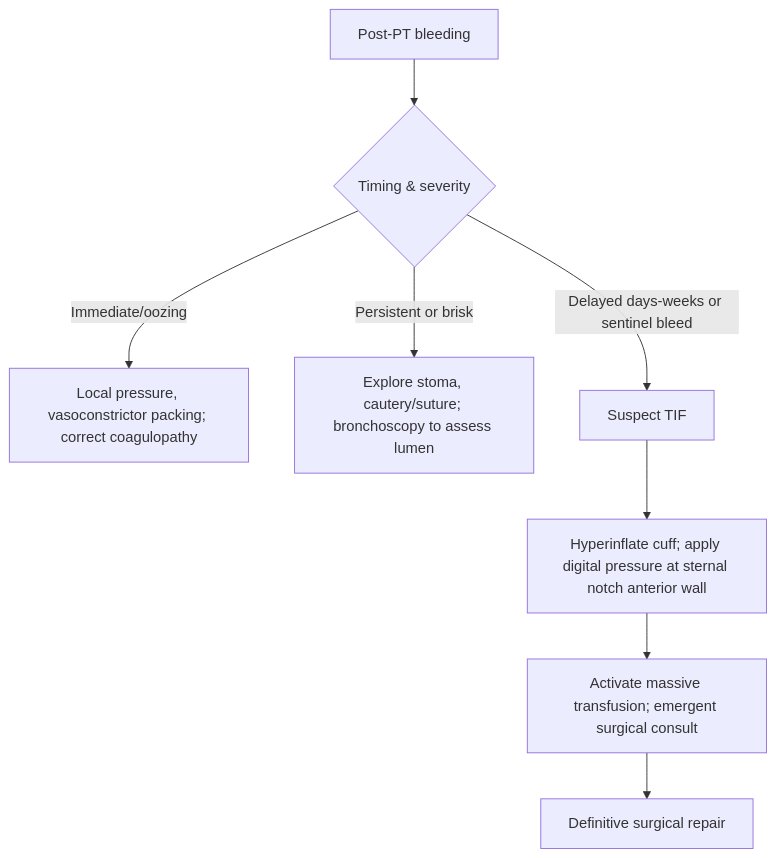
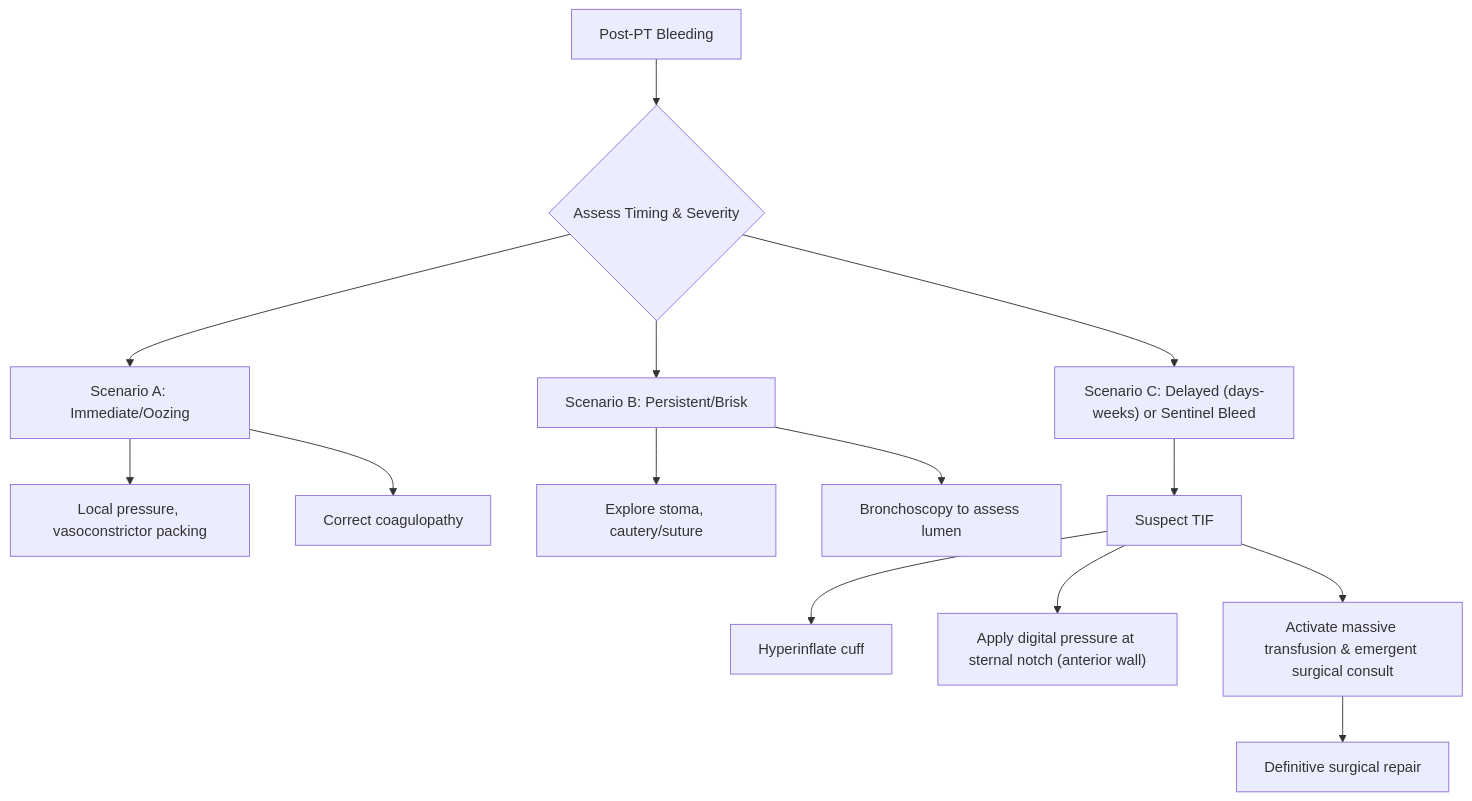
The second of 3 diagrams in content/modules/board/percutaneous-tracheostomy-and-cricothyroidotomy.mdx (russellmiller49/Interventional-Pulm-Education-Project), drawn with Mermaid before and after one commit. The commit also changed other lines of this file and 45 other files, not shown here.

````diff
--- a/content/modules/board/percutaneous-tracheostomy-and-cricothyroidotomy.mdx
+++ b/content/modules/board/percutaneous-tracheostomy-and-cricothyroidotomy.mdx
@@ -171,10 +142,16 @@
 ```mermaid
-flowchart TD
-A[Post-PT bleeding] --> B{Timing & severity}
-B -->|Immediate/oozing| C[Local pressure, vasoconstrictor packing; correct coagulopathy]
-B -->|Persistent or brisk| D[Explore stoma, cautery/suture; bronchoscopy to assess lumen]
-B -->|Delayed days-weeks or sentinel bleed| E[Suspect TIF]
-E --> F[Hyperinflate cuff; apply digital pressure at sternal notch anterior wall]
-F --> G[Activate massive transfusion; emergent surgical consult]
-G --> H[Definitive surgical repair]
+graph TD
+        A["Post-PT Bleeding"] --> B{"Assess Timing & Severity"}
+        B --> C["Scenario A: Immediate/Oozing"]
+        C --> C1["Local pressure, vasoconstrictor packing"]
+        C --> C2["Correct coagulopathy"]
+        B --> D["Scenario B: Persistent/Brisk"]
+        D --> D1["Explore stoma, cautery/suture"]
+        D --> D2["Bronchoscopy to assess lumen"]
+        B --> E["Scenario C: Delayed (days-weeks) or Sentinel Bleed"]
+        E --> E1["Suspect TIF"]
+        E1 --> E2["Hyperinflate cuff"]
+        E1 --> E3["Apply digital pressure at sternal notch (anterior wall)"]
+        E1 --> E4["Activate massive transfusion & emergent surgical consult"]
+        E4 --> E5["Definitive surgical repair"]
 ```
````
